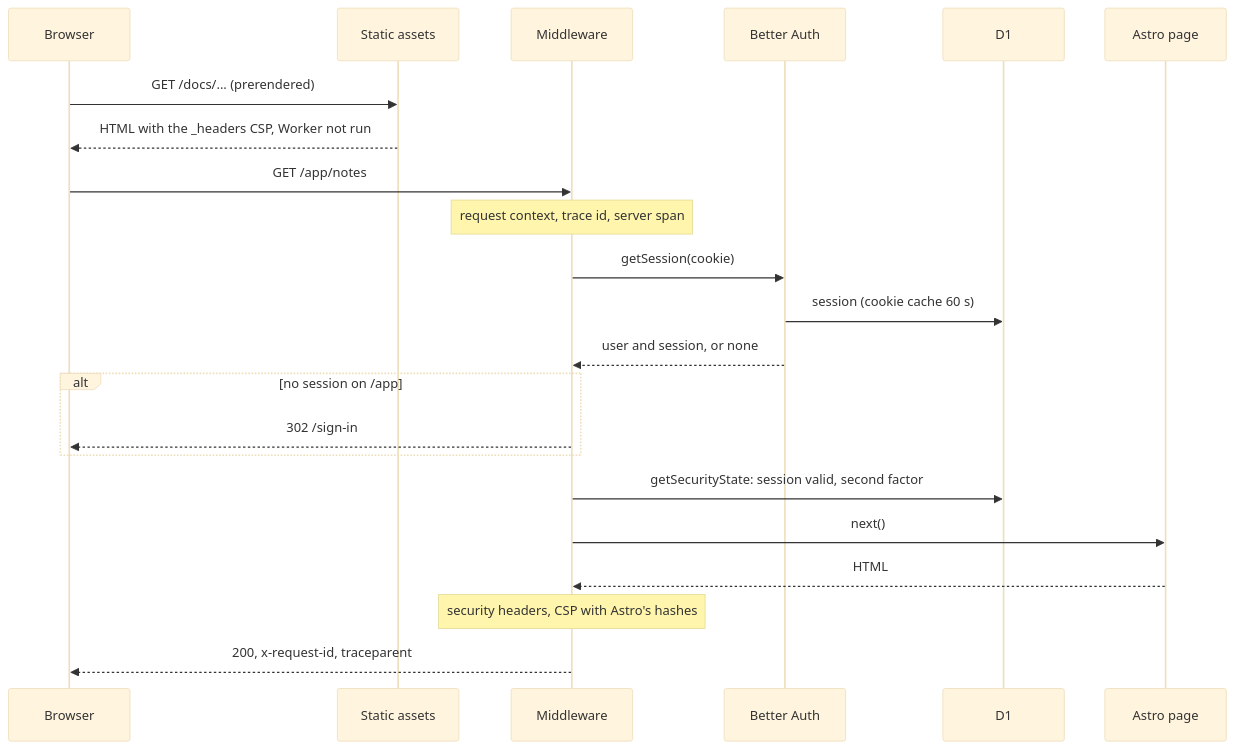
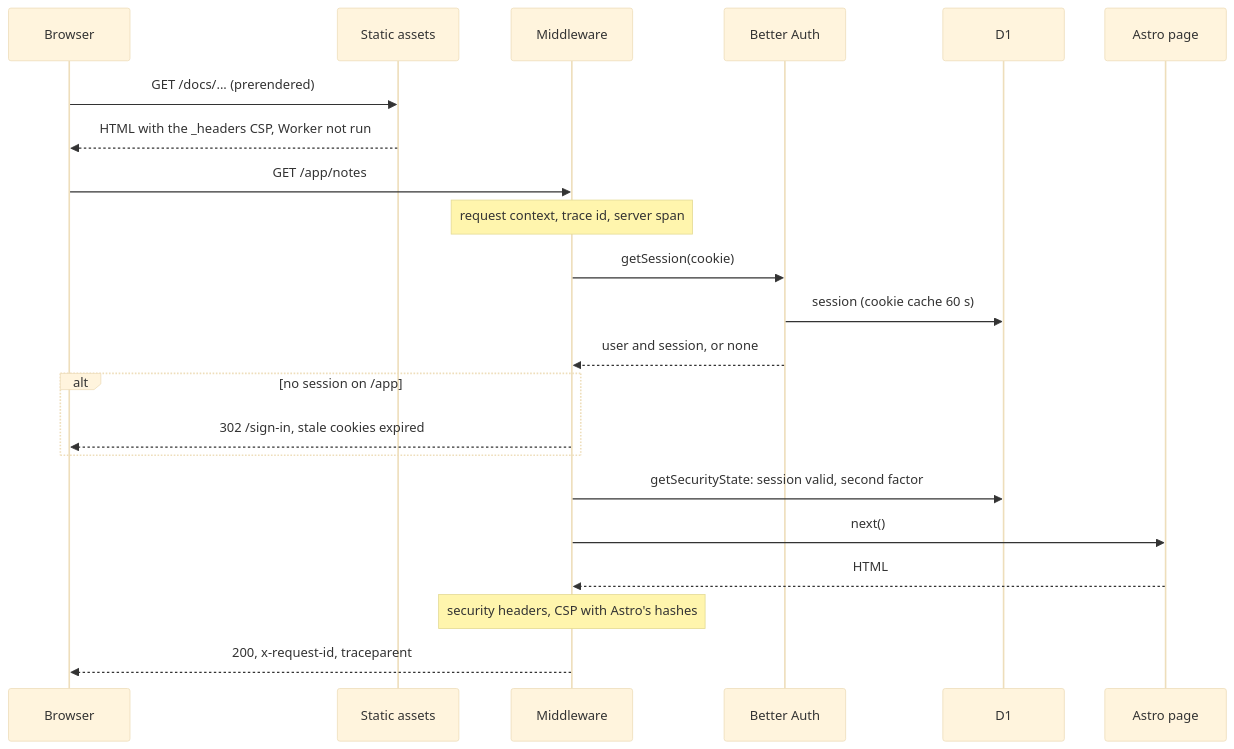
One commit to flooper68/cloudflare-starter changed the diagram in docs/architecture/diagrams/page-request.mmd. Above: the diagram before and after it, drawn with Mermaid (base theme). The commit also changed 1 other file, not shown here.

Commit message:
Show the stale-session cookie expiry in the page request diagram

```diff
--- a/docs/architecture/diagrams/page-request.mmd
+++ b/docs/architecture/diagrams/page-request.mmd
@@ -1,24 +1,24 @@
 sequenceDiagram
   accTitle: A page request through the middleware
-  accDescr: Prerendered pages (landing, docs, 404) are static assets served with the headers of public/_headers, without running the Worker. A server-rendered page such as /app/notes goes through the middleware. It builds the request context and trace id and opens the server span, resolves the Better Auth cookie into a session, redirects an anonymous /app request to /sign-in, checks the session's security state (second factor), renders the page, and adds the security headers, including a per-page Content-Security-Policy with Astro's script hashes, plus x-request-id and traceparent. Pages are not rate limited, except the token pages /invite and /unsubscribe.
+  accDescr: Prerendered pages (landing, docs, 404) are static assets served with the headers of public/_headers, without running the Worker. A server-rendered page such as /app/notes goes through the middleware. It builds the request context and trace id and opens the server span, resolves the Better Auth cookie into a session, redirects an anonymous /app request to /sign-in (expiring the cookies of a stale session), checks the session's security state (second factor), renders the page, and adds the security headers, including a per-page Content-Security-Policy with Astro's script hashes, plus x-request-id and traceparent. Pages are not rate limited, except the token pages /invite and /unsubscribe.
   participant B as Browser
   participant S as Static assets
   participant M as Middleware
   participant A as Better Auth
   participant D as D1
   participant P as Astro page
   B->>S: GET /docs/... (prerendered)
   S-->>B: HTML with the _headers CSP, Worker not run
   B->>M: GET /app/notes
   Note over M: request context, trace id, server span
   M->>A: getSession(cookie)
   A->>D: session (cookie cache 60 s)
   A-->>M: user and session, or none
   alt no session on /app
-    M-->>B: 302 /sign-in
+    M-->>B: 302 /sign-in, stale cookies expired
   end
   M->>D: getSecurityState: session valid, second factor
   M->>P: next()
   P-->>M: HTML
   Note over M: security headers, CSP with Astro's hashes
   M-->>B: 200, x-request-id, traceparent
```
